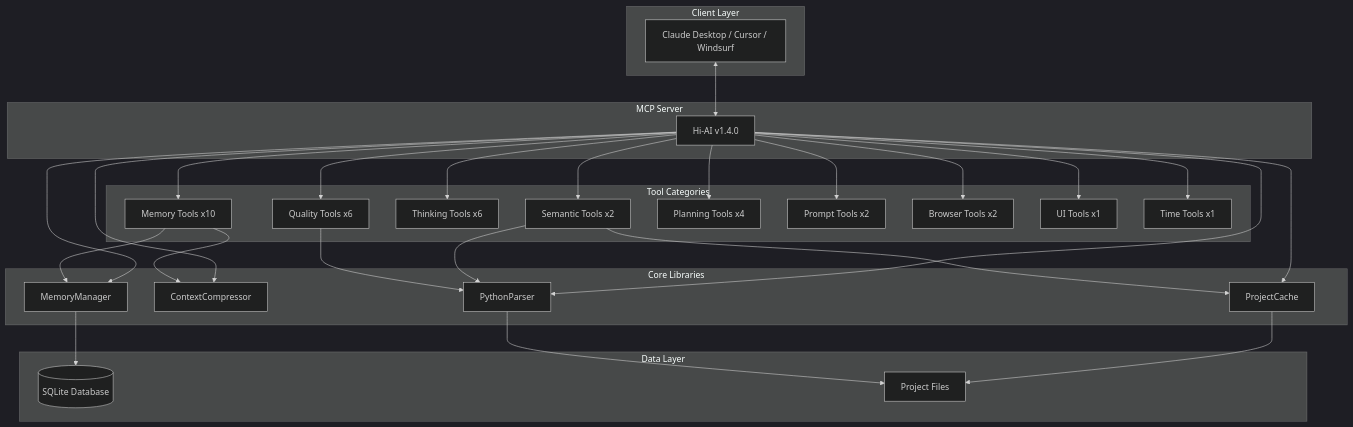
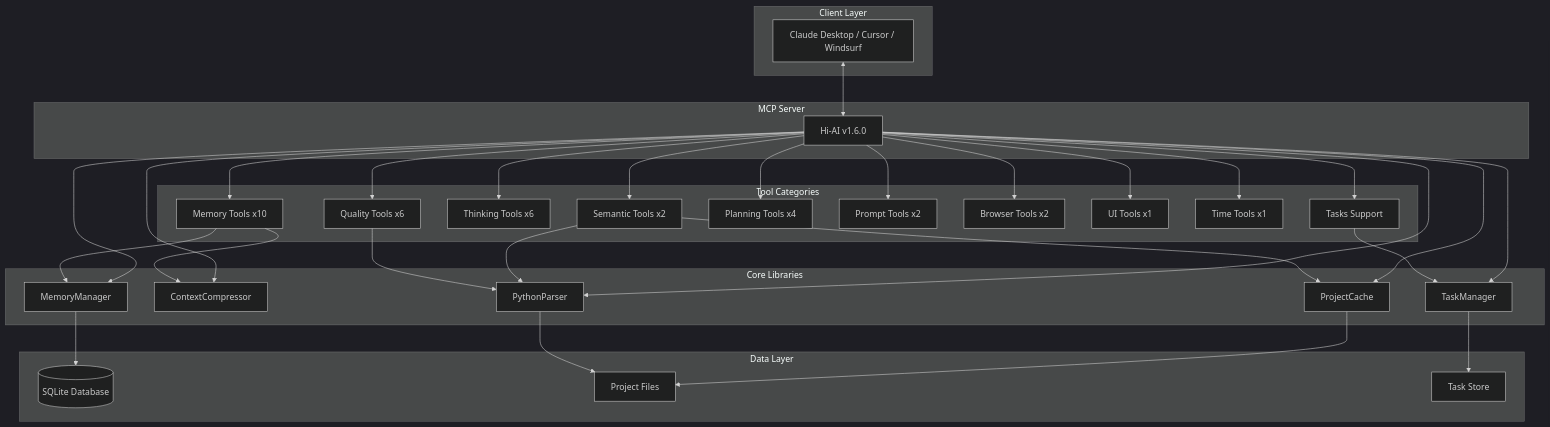
One commit to ssdeanx/ssd-ai changed the diagram in README.md. Above: the diagram before and after it, drawn with Mermaid (dark theme). The commit also changed other lines of this file and 7 other files, not shown here.

````diff
--- a/README.md
+++ b/README.md
@@ -350,44 +360,49 @@
 ```mermaid
 graph TB
     subgraph "Client Layer"
         A[Claude Desktop / Cursor / Windsurf]
     end
 
     subgraph "MCP Server"
-        B[Hi-AI v1.4.0]
+        B[Hi-AI v1.6.0]
     end
 
     subgraph "Core Libraries"
         C1[MemoryManager]
         C2[ContextCompressor]
         C3[ProjectCache]
         C4[PythonParser]
+        C5[TaskManager]
     end
 
     subgraph "Tool Categories"
         D1[Memory Tools x10]
         D2[Semantic Tools x2]
         D3[Thinking Tools x6]
         D4[Quality Tools x6]
         D5[Planning Tools x4]
         D6[Prompt Tools x2]
         D7[Browser Tools x2]
         D8[UI Tools x1]
         D9[Time Tools x1]
+        D10[Tasks Support]
     end
 
     subgraph "Data Layer"
         E1[(SQLite Database)]
         E2[Project Files]
+        E3[Task Store]
     end
 
     A <--> B
-    B --> C1 & C2 & C3 & C4
-    B --> D1 & D2 & D3 & D4 & D5 & D6 & D7 & D8 & D9
+    B --> C1 & C2 & C3 & C4 & C5
+    B --> D1 & D2 & D3 & D4 & D5 & D6 & D7 & D8 & D9 & D10
     C1 --> E1
     C3 --> E2
     C4 --> E2
+    C5 --> E3
     D1 --> C1 & C2
     D2 --> C3 & C4
     D4 --> C4
+    D10 --> C5
 ```
````
